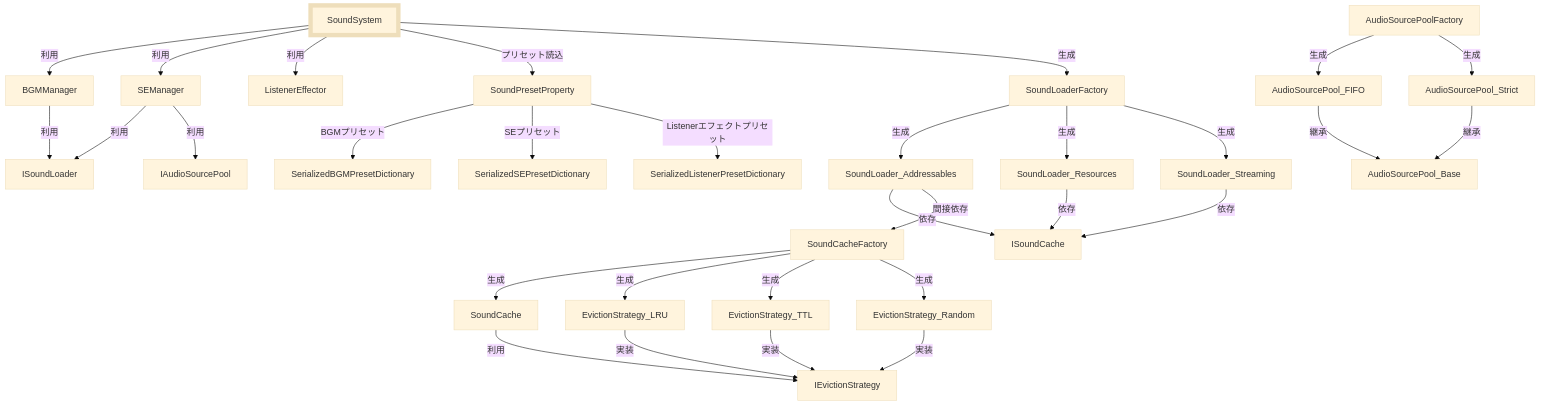
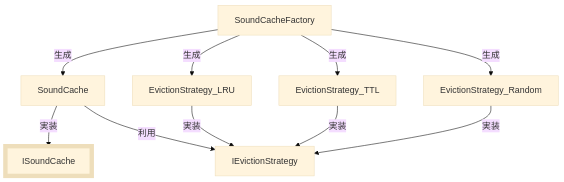
One commit to SunagimoOisii/SoundSystemPlugin_ForUnity changed the third of 4 diagrams in README.md. Above: the diagram before and after it, drawn with Mermaid (base theme).

Commit message:
docs: README を機能別 Mermaid 図に分割

````diff
--- a/README.md
+++ b/README.md
@@ -104,72 +143,20 @@
 ```mermaid
-graph
-
-%% API
+graph TD
 classDef highlight stroke-width:8px
-SoundSystem:::highlight
-SoundPresetProperty
-SerializedBGMPresetDictionary
-SerializedSEPresetDictionary
-SerializedListenerPresetDictionary
-
-%% Player
-BGMManager
-SEManager
-ListenerEffector
-
-%% Loader & Cache
-ISoundLoader
-SoundLoader_Addressables
-SoundLoader_Resources
-SoundLoader_Streaming
-SoundLoaderFactory
-ISoundCache
+ISoundCache:::highlight
 SoundCache
+SoundCacheFactory
 IEvictionStrategy
 EvictionStrategy_LRU
 EvictionStrategy_TTL
 EvictionStrategy_Random
-SoundCacheFactory
-
-%% Pool
-IAudioSourcePool
-AudioSourcePool_Base
-AudioSourcePool_FIFO
-AudioSourcePool_Strict
-AudioSourcePoolFactory
-
-%% Relations
-SoundSystem -->|利用| BGMManager
-SoundSystem -->|利用| SEManager
-SoundSystem -->|利用| ListenerEffector
-SoundSystem -->|プリセット読込| SoundPresetProperty
-SoundSystem -->|生成| SoundLoaderFactory
-SoundLoaderFactory -->|生成| SoundLoader_Addressables
-SoundLoaderFactory -->|生成| SoundLoader_Resources
-SoundLoaderFactory -->|生成| SoundLoader_Streaming
-SoundLoader_Addressables -->|依存| ISoundCache
-SoundLoader_Resources -->|依存| ISoundCache
-SoundLoader_Streaming -->|依存| ISoundCache
-SoundLoader_Addressables -->|間接依存| SoundCacheFactory
-BGMManager -->|利用| ISoundLoader
-SEManager -->|利用| ISoundLoader
-SEManager -->|利用| IAudioSourcePool
-
 SoundCacheFactory -->|生成| SoundCache
 SoundCacheFactory -->|生成| EvictionStrategy_LRU
 SoundCacheFactory -->|生成| EvictionStrategy_TTL
 SoundCacheFactory -->|生成| EvictionStrategy_Random
+SoundCache -->|実装| ISoundCache
 SoundCache -->|利用| IEvictionStrategy
 EvictionStrategy_LRU -->|実装| IEvictionStrategy
 EvictionStrategy_TTL -->|実装| IEvictionStrategy
 EvictionStrategy_Random -->|実装| IEvictionStrategy
-
-AudioSourcePoolFactory -->|生成| AudioSourcePool_FIFO
-AudioSourcePoolFactory -->|生成| AudioSourcePool_Strict
-AudioSourcePool_FIFO -->|継承| AudioSourcePool_Base
-AudioSourcePool_Strict -->|継承| AudioSourcePool_Base
-
-SoundPresetProperty -->|BGMプリセット| SerializedBGMPresetDictionary
-SoundPresetProperty -->|SEプリセット| SerializedSEPresetDictionary
-SoundPresetProperty -->|Listenerエフェクトプリセット| SerializedListenerPresetDictionary
 ```
````
